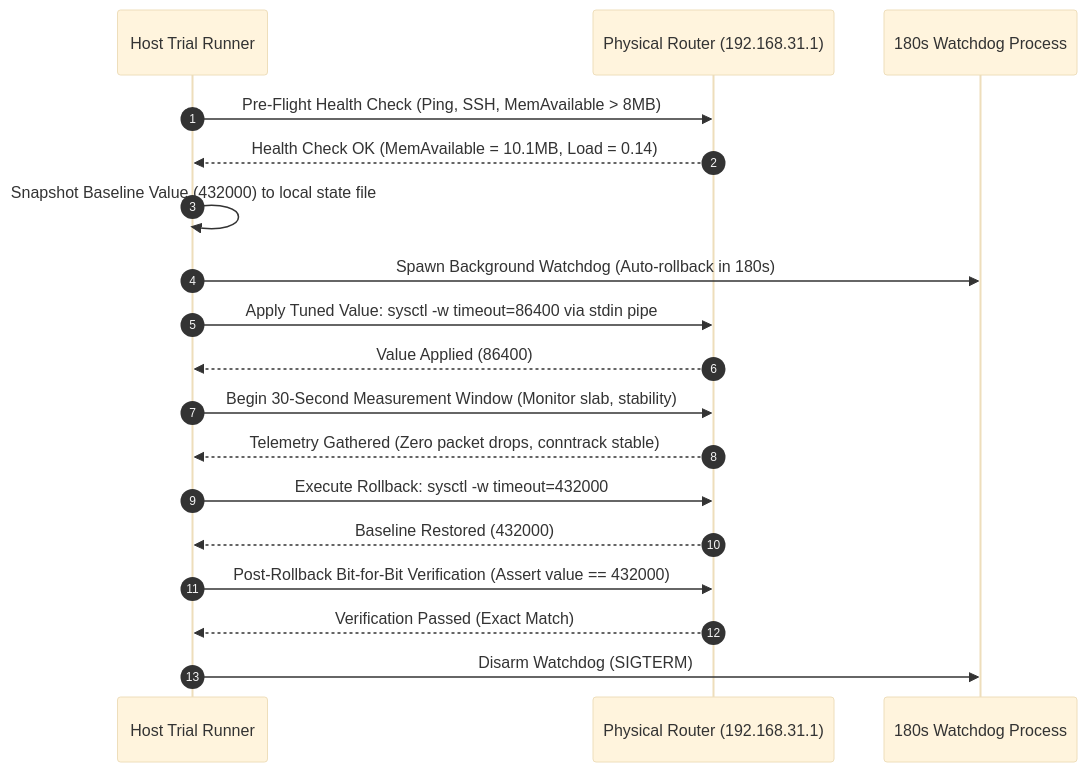
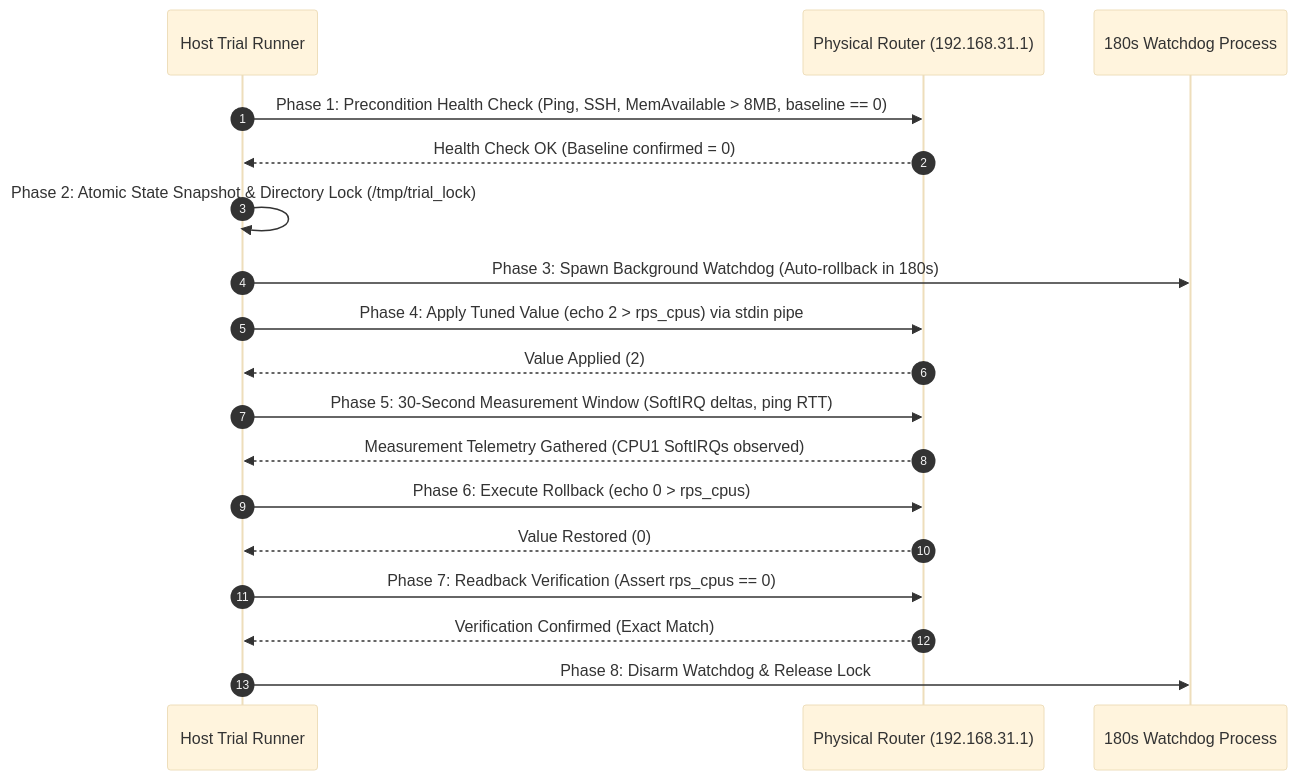
Before and after one commit to KiritoMainBro88/CR8808-CUSTOM-FIRMWARE: the second of 2 diagrams in reports/M12_HARDWARE_EVIDENCE.md, drawn with Mermaid (base theme). The commit also changed other lines of this file and 10 other files, not shown here.

````diff
--- a/reports/M12_HARDWARE_EVIDENCE.md
+++ b/reports/M12_HARDWARE_EVIDENCE.md
@@ -273,21 +279,21 @@
 ```mermaid
 sequenceDiagram
     autonumber
     participant Host as Host Trial Runner
     participant Router as Physical Router (192.168.31.1)
     participant Watchdog as 180s Watchdog Process
 
-    Host->>Router: Pre-Flight Health Check (Ping, SSH, MemAvailable > 8MB)
-    Router-->>Host: Health Check OK (MemAvailable = 10.1MB, Load = 0.14)
-    Host->>Host: Snapshot Baseline Value (432000) to local state file
-    Host->>Watchdog: Spawn Background Watchdog (Auto-rollback in 180s)
-    Host->>Router: Apply Tuned Value: sysctl -w timeout=86400 via stdin pipe
-    Router-->>Host: Value Applied (86400)
-    Host->>Router: Begin 30-Second Measurement Window (Monitor slab, stability)
-    Router-->>Host: Telemetry Gathered (Zero packet drops, conntrack stable)
-    Host->>Router: Execute Rollback: sysctl -w timeout=432000
-    Router-->>Host: Baseline Restored (432000)
-    Host->>Router: Post-Rollback Bit-for-Bit Verification (Assert value == 432000)
-    Router-->>Host: Verification Passed (Exact Match)
-    Host->>Watchdog: Disarm Watchdog (SIGTERM)
+    Host->>Router: Phase 1: Precondition Health Check (Ping, SSH, MemAvailable > 8MB, baseline == 0)
+    Router-->>Host: Health Check OK (Baseline confirmed = 0)
+    Host->>Host: Phase 2: Atomic State Snapshot & Directory Lock (/tmp/trial_lock)
+    Host->>Watchdog: Phase 3: Spawn Background Watchdog (Auto-rollback in 180s)
+    Host->>Router: Phase 4: Apply Tuned Value (echo 2 > rps_cpus) via stdin pipe
+    Router-->>Host: Value Applied (2)
+    Host->>Router: Phase 5: 30-Second Measurement Window (SoftIRQ deltas, ping RTT)
+    Router-->>Host: Measurement Telemetry Gathered (CPU1 SoftIRQs observed)
+    Host->>Router: Phase 6: Execute Rollback (echo 0 > rps_cpus)
+    Router-->>Host: Value Restored (0)
+    Host->>Router: Phase 7: Readback Verification (Assert rps_cpus == 0)
+    Router-->>Host: Verification Confirmed (Exact Match)
+    Host->>Watchdog: Phase 8: Disarm Watchdog & Release Lock
 ```
````
